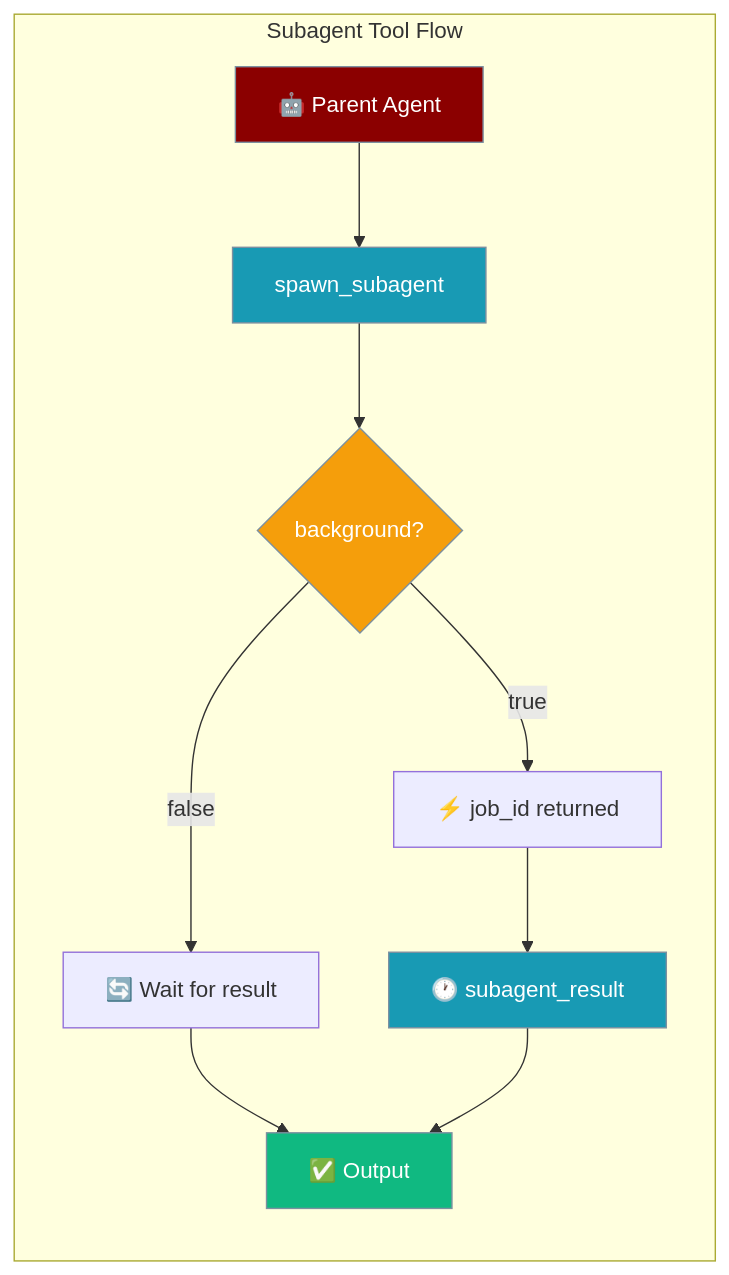
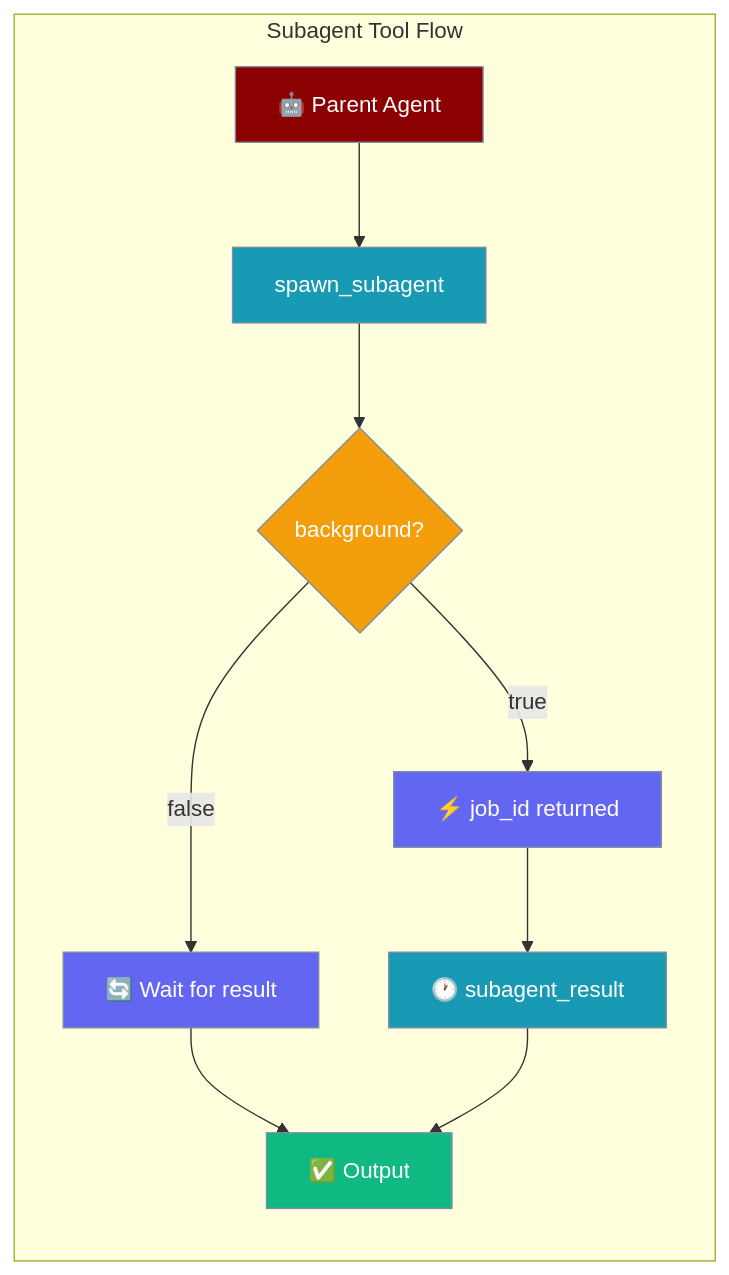
Before and after one commit to MervinPraison/PraisonAIDocs: the first of 3 diagrams in docs/features/subagent-tool.mdx, drawn with Mermaid. The commit also changed 2 other files, not shown here.

Commit message:
fix(docs): resolve 3 AGENTS.md compliance issues in v4.6.82 coverage
- subagent-tool.mdx: add missing `classDef config` fill rule (D,E nodes were unstyled)
- post-edit-formatter.mdx: rename "See Also" → "Related" per AGENTS.md §2 template
- code.mdx: remove `--language` example that references an undocumented flag

````diff
--- a/docs/features/subagent-tool.mdx
+++ b/docs/features/subagent-tool.mdx
@@ -10,23 +10,24 @@
 ```mermaid
 graph LR
     subgraph "Subagent Tool Flow"
         A[🤖 Parent Agent] --> B[spawn_subagent]
         B --> C{background?}
         C -->|false| D[🔄 Wait for result]
         C -->|true| E[⚡ job_id returned]
         D --> F[✅ Output]
         E --> G[🕐 subagent_result]
         G --> F
     end
     
     classDef agent fill:#8B0000,stroke:#7C90A0,color:#fff
     classDef tool fill:#189AB4,stroke:#7C90A0,color:#fff
     classDef decision fill:#F59E0B,stroke:#7C90A0,color:#fff
     classDef result fill:#10B981,stroke:#7C90A0,color:#fff
+    classDef config fill:#6366F1,stroke:#7C90A0,color:#fff
     
     class A agent
     class B,G tool
     class C decision
     class D,E config
     class F result
 ```
````
